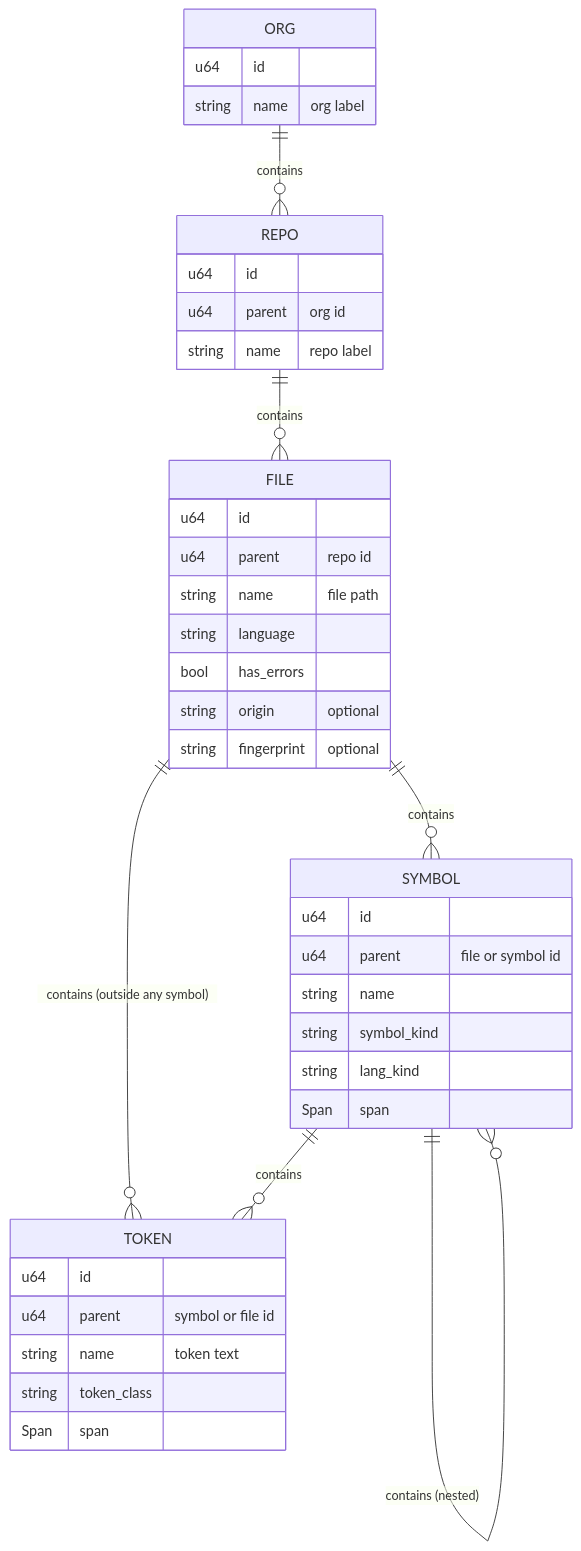
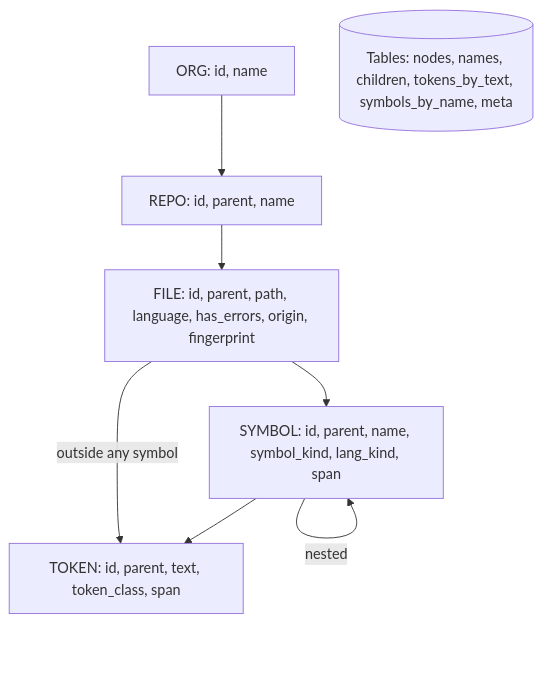
One commit to P47Phoenix/memory-graph changed the first of 19 diagrams in docs/architecture-diagrams.md. Above: the diagram before and after it, drawn with Mermaid. The commit also changed other lines of this file and 2 other files, not shown here.

First line of the commit message:
Fix architecture diagram review findings (PR #13)

````diff
--- a/docs/architecture-diagrams.md
+++ b/docs/architecture-diagrams.md
@@ -41,43 +41,11 @@
 ```mermaid
-erDiagram
-    ORG ||--o{ REPO : contains
-    REPO ||--o{ FILE : contains
-    FILE ||--o{ SYMBOL : contains
-    FILE ||--o{ TOKEN : "contains (outside any symbol)"
-    SYMBOL ||--o{ SYMBOL : "contains (nested)"
-    SYMBOL ||--o{ TOKEN : contains
-
-    ORG {
-        u64 id
-        string name "org label"
-    }
-    REPO {
-        u64 id
-        u64 parent "org id"
-        string name "repo label"
-    }
-    FILE {
-        u64 id
-        u64 parent "repo id"
-        string name "file path"
-        string language
-        bool has_errors
-        string origin "optional"
-        string fingerprint "optional"
-    }
-    SYMBOL {
-        u64 id
-        u64 parent "file or symbol id"
-        string name
-        string symbol_kind
-        string lang_kind
-        Span span
-    }
-    TOKEN {
-        u64 id
-        u64 parent "symbol or file id"
-        string name "token text"
-        string token_class
-        Span span
-    }
+flowchart TD
+    ORG["ORG: id, name"] --> REPO["REPO: id, parent, name"]
+    REPO --> FILE["FILE: id, parent, path, language, has_errors, origin, fingerprint"]
+    FILE --> SYM["SYMBOL: id, parent, name, symbol_kind, lang_kind, span"]
+    SYM -->|nested| SYM
+    SYM --> TOK["TOKEN: id, parent, text, token_class, span"]
+    FILE -->|outside any symbol| TOK
+    TABLES[("Tables: nodes, names, children, tokens_by_text, symbols_by_name, meta")]
+    style TABLES stroke-dasharray: 0
 ```
````
